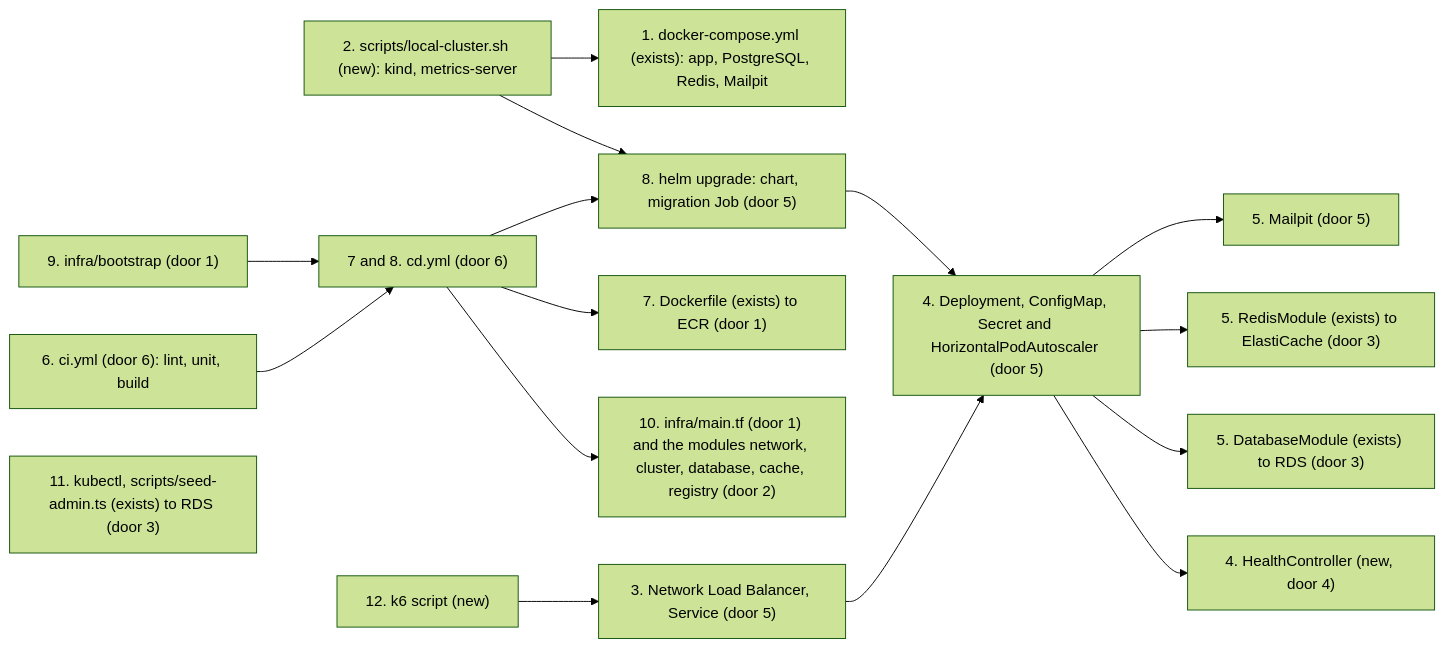
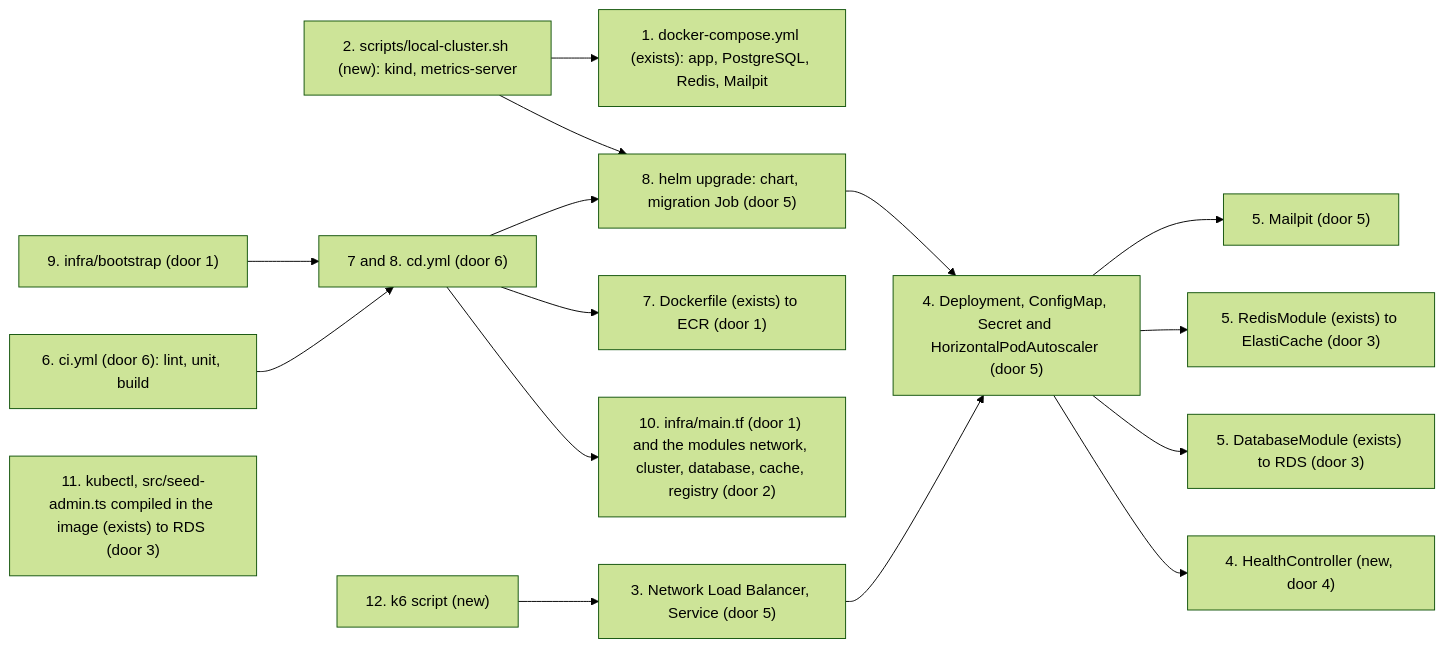
The diagram in .specs/features/phase-2-infrastructure/plan.md (kewincosta/tech-challenge-fiap), drawn with Mermaid (forest theme) before and after one commit. The commit also changed other lines of this file and 8 other files, not shown here.

Commit message:
feat(image): run the migrations and the admin seed from compiled code

````diff
--- a/.specs/features/phase-2-infrastructure/plan.md
+++ b/.specs/features/phase-2-infrastructure/plan.md
@@ -47,19 +47,19 @@
 ```mermaid
 flowchart LR
     DEV["1. docker-compose.yml (exists): app, PostgreSQL, Redis, Mailpit"]
     KIND["2. scripts/local-cluster.sh (new): kind, metrics-server"] --> HELM
     KIND --> DEV
     LB["3. Network Load Balancer, Service (door 5)"] --> DP["4. Deployment, ConfigMap, Secret and HorizontalPodAutoscaler (door 5)"]
     DP --> HC["4. HealthController (new, door 4)"]
     DP --> DB["5. DatabaseModule (exists) to RDS (door 3)"]
     DP --> RD["5. RedisModule (exists) to ElastiCache (door 3)"]
     DP --> MP["5. Mailpit (door 5)"]
     CI["6. ci.yml (door 6): lint, unit, build"] --> CD["7 and 8. cd.yml (door 6)"]
     CD --> TF["10. infra/main.tf (door 1) and the modules network, cluster, database, cache, registry (door 2)"]
     CD --> IMG["7. Dockerfile (exists) to ECR (door 1)"]
     CD --> HELM["8. helm upgrade: chart, migration Job (door 5)"]
     BS["9. infra/bootstrap (door 1)"] --> CD
     HELM --> DP
-    OPS["11. kubectl, scripts/seed-admin.ts (exists) to RDS (door 3)"]
+    OPS["11. kubectl, src/seed-admin.ts compiled in the image (exists) to RDS (door 3)"]
     K6["12. k6 script (new)"] --> LB
 ```
````
